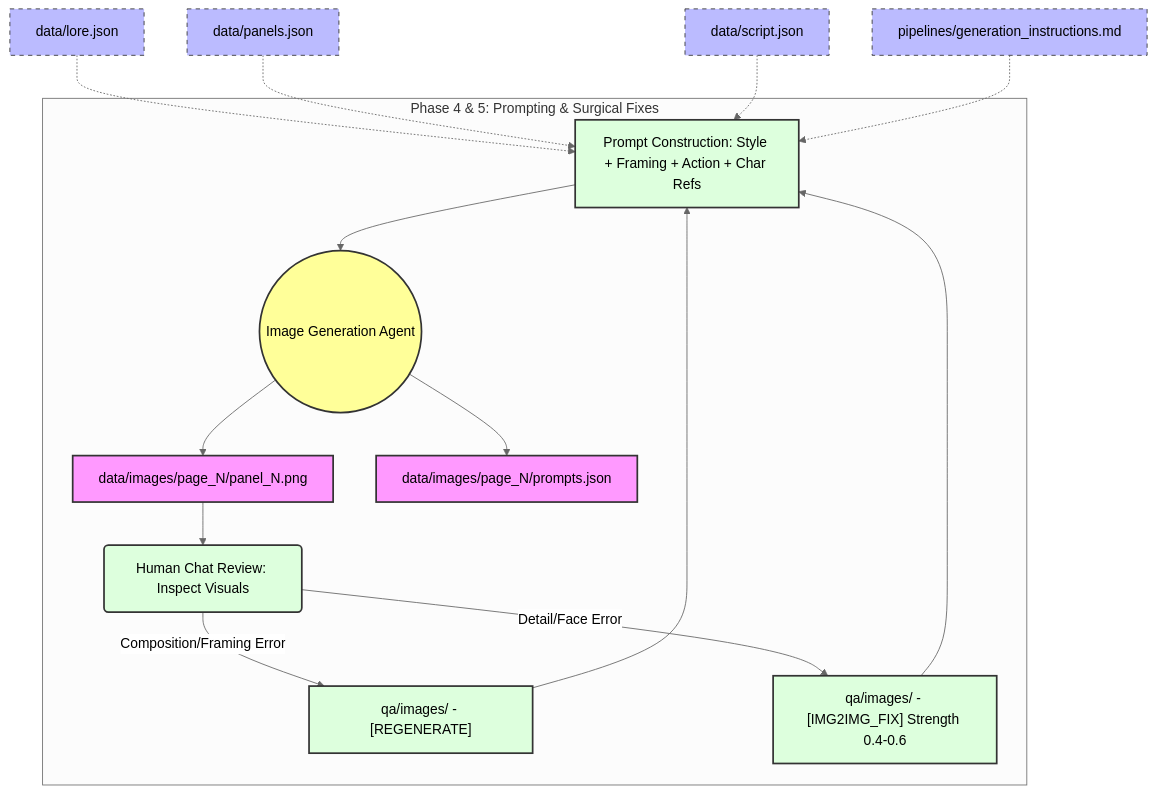
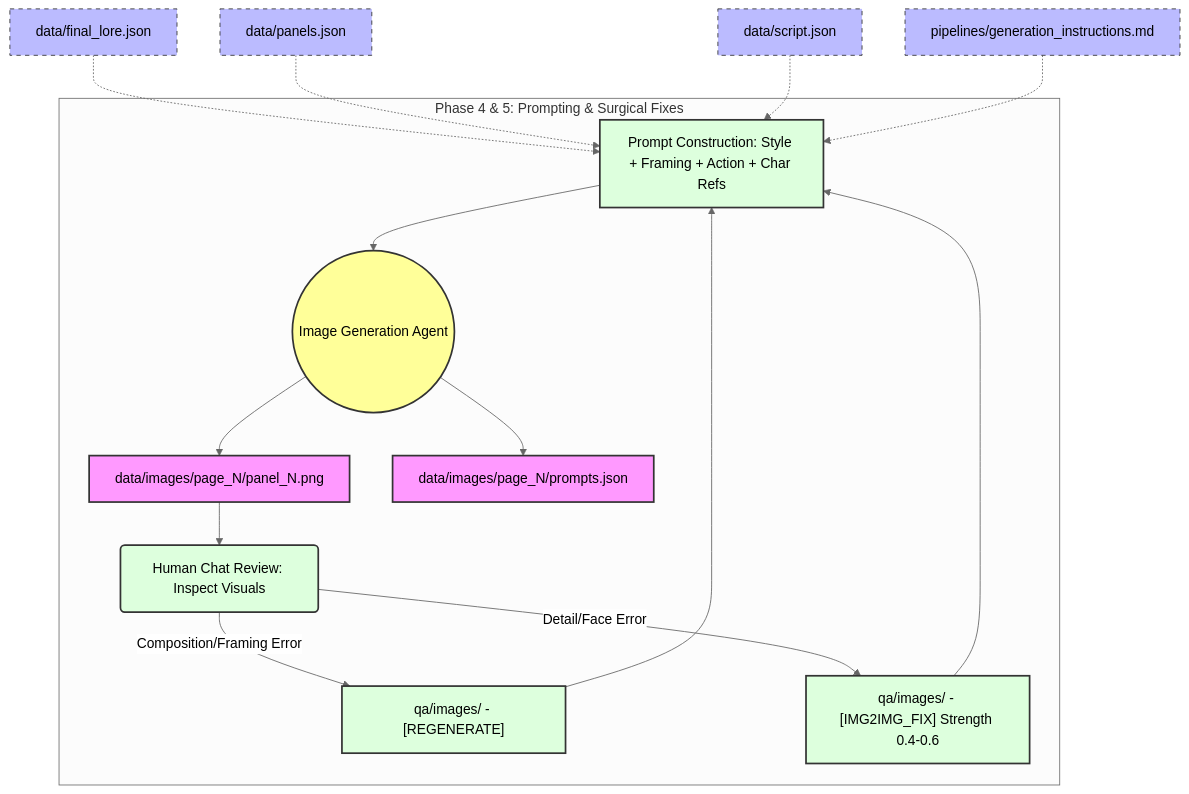
Before and after one commit to LucRobey/ComicBookArchtict: the fifth of 6 diagrams in docs/pipeline_architectures.md, drawn with Mermaid (neutral theme). The commit also changed other lines of this file and 138 other files, not shown here.

````diff
--- a/docs/pipeline_architectures.md
+++ b/docs/pipeline_architectures.md
@@ -228,31 +241,31 @@
 ```mermaid
 flowchart TD
     %% Inputs
-    LORE["data/lore.json"] -.-> Prompter
+    LORE["data/final_lore.json"] -.-> Prompter
     PANELS["data/panels.json"] -.-> Prompter
     SCRIPT["data/script.json"] -.-> Prompter
     BASELINE["pipelines/generation_instructions.md"] -.-> Prompter
 
     %% Generation and review loop
     subgraph "Phase 4 & 5: Prompting & Surgical Fixes"
         Prompter["Prompt Construction: Style + Framing + Action + Char Refs"] --> AgentGen(("Image Generation Agent"))
         AgentGen --> IMGS["data/images/page_N/panel_N.png"]
         AgentGen --> LOGS["data/images/page_N/prompts.json"]
         
         %% Visual review QA loop
         IMGS --> UI_REVIEW("Human Chat Review: Inspect Visuals")
         UI_REVIEW -- "Composition/Framing Error" --> QA_REGEN["qa/images/ - [REGENERATE]"] --> Prompter
         UI_REVIEW -- "Detail/Face Error" --> QA_I2I["qa/images/ - [IMG2IMG_FIX] Strength 0.4-0.6"] --> Prompter
     end
 
     %% Styling
     classDef file fill:#f9f,stroke:#333,stroke-width:2px;
     classDef agent fill:#ff9,stroke:#333,stroke-width:2px;
     classDef baseData fill:#bbf,stroke:#333,stroke-width:1px,stroke-dasharray: 5 5;
     classDef ui fill:#dfd,stroke:#333,stroke-width:2px;
     
     class IMGS,LOGS file;
     class AgentGen agent;
     class LORE,PANELS,SCRIPT,BASELINE baseData;
     class UI_REVIEW,QA_REGEN,QA_I2I,Prompter ui;
 ```
````
